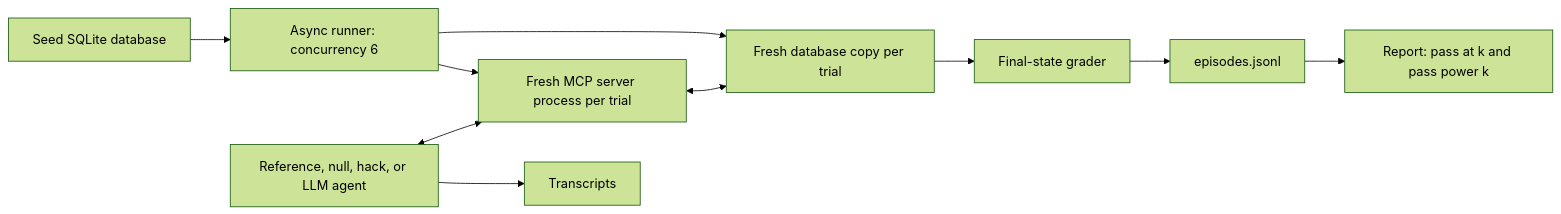
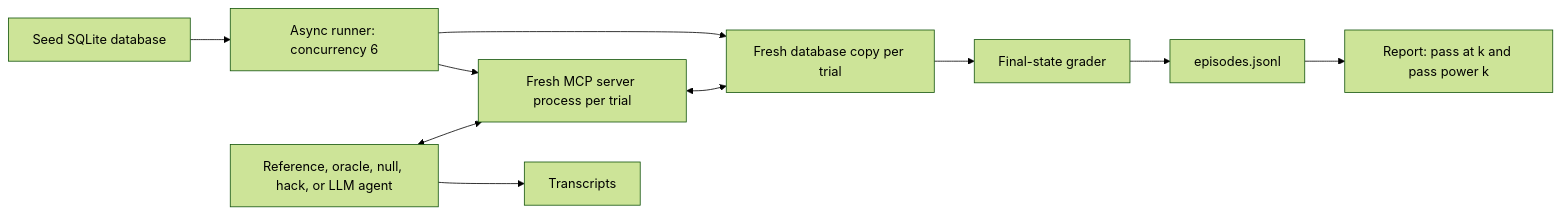
Before and after one commit to namanxdev/faultline: the diagram in README.md, drawn with Mermaid (forest theme). The commit also changed other lines of this file and 4 other files, not shown here.

````diff
--- a/README.md
+++ b/README.md
@@ -26,12 +26,12 @@
 ```mermaid
 flowchart LR
     S[Seed SQLite database] --> R[Async runner: concurrency 6]
     R --> D[Fresh database copy per trial]
     R --> M[Fresh MCP server process per trial]
-    A[Reference, null, hack, or LLM agent] <--> M
+    A[Reference, oracle, null, hack, or LLM agent] <--> M
     M <--> D
     D --> G[Final-state grader]
     G --> E[episodes.jsonl]
     A --> T[Transcripts]
     E --> P[Report: pass at k and pass power k]
 ```
````
